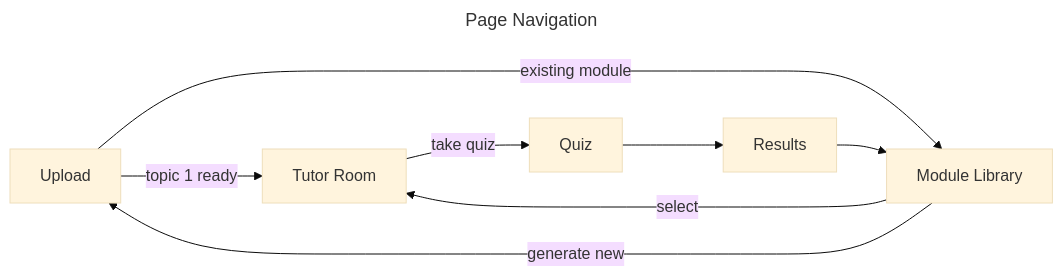
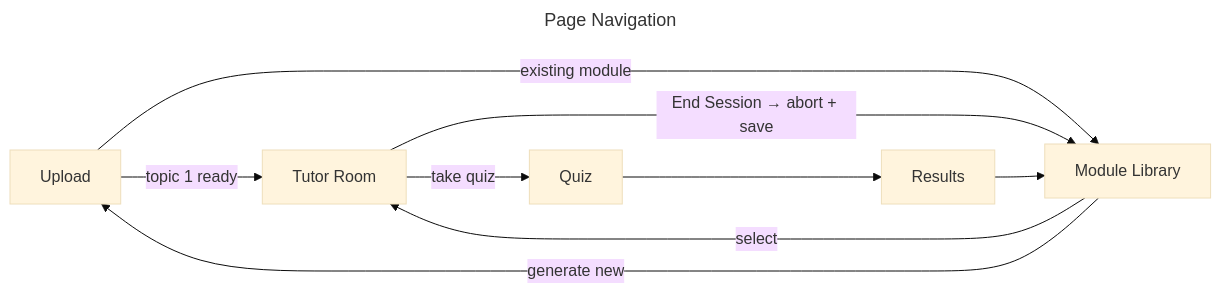
The seventh of 7 diagrams in ARCHITECTURE.md (bijesh-p/deepl-ai-tutor), drawn with Mermaid (base theme) before and after one commit. The commit also changed other lines of this file and 6 other files, not shown here.

First line of the commit message:
[Phase 14] Personalised tutor: user profiles, abort on exit, diagram-aware audio

````diff
--- a/ARCHITECTURE.md
+++ b/ARCHITECTURE.md
@@ -209,13 +240,14 @@
 ```mermaid
 ---
 title: Page Navigation
 ---
 flowchart LR
     UPLOAD[Upload] -->|topic 1 ready| TUTOR[Tutor Room]
     UPLOAD -->|existing module| LIB[Module Library]
     LIB -->|select| TUTOR
     LIB -->|generate new| UPLOAD
+    TUTOR -->|End Session → abort + save| LIB
     TUTOR -->|take quiz| QUIZ[Quiz]
     QUIZ --> RESULTS[Results]
     RESULTS --> LIB
 ```
````
